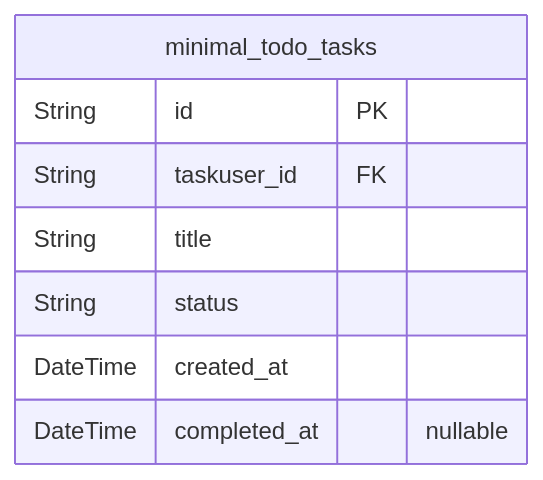
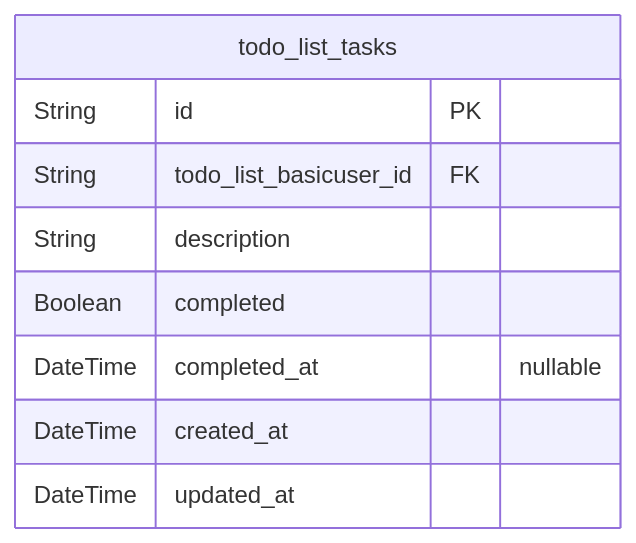
Before and after one commit to wrtnlabs/autobe-example-todo-qwen-qwen3-235b-a22b-2507: the third of 3 diagrams in docs/ERD.md, drawn with Mermaid. The commit also changed other lines of this file and 109 other files, not shown here.

````diff
--- a/docs/ERD.md
+++ b/docs/ERD.md
@@ -106,11 +204,12 @@
 ```mermaid
 erDiagram
-"minimal_todo_tasks" {
+"todo_list_tasks" {
   String id PK
-  String taskuser_id FK
-  String title
-  String status
+  String todo_list_basicuser_id FK
+  String description
+  Boolean completed
+  DateTime completed_at "nullable"
   DateTime created_at
-  DateTime completed_at "nullable"
+  DateTime updated_at
 }
 ```
````
